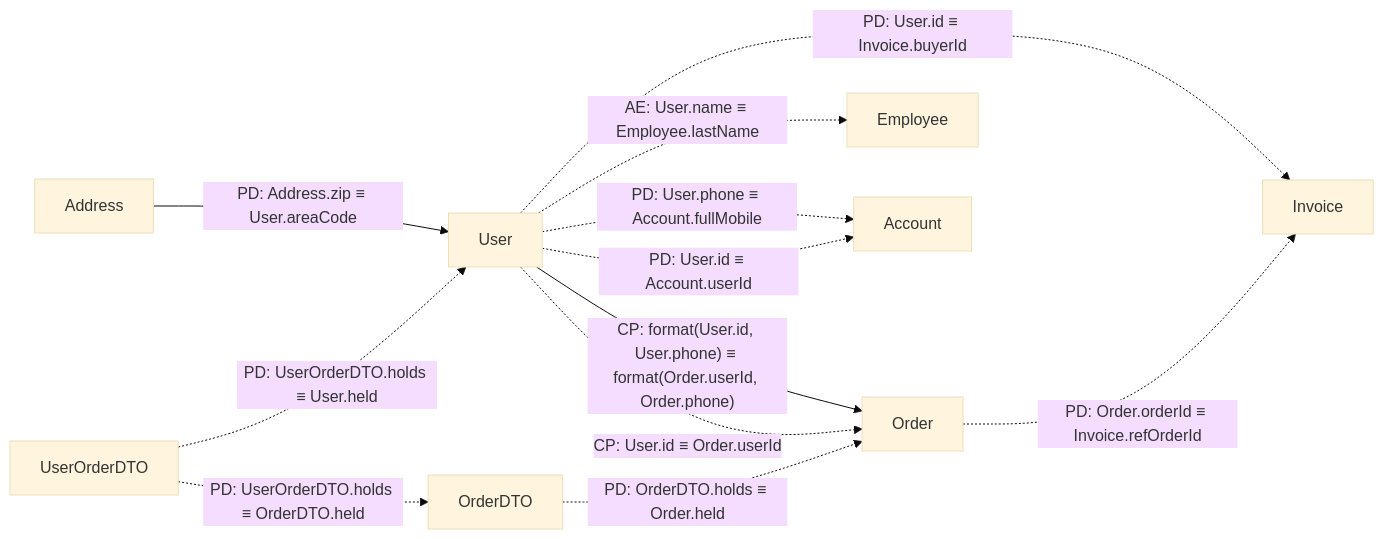
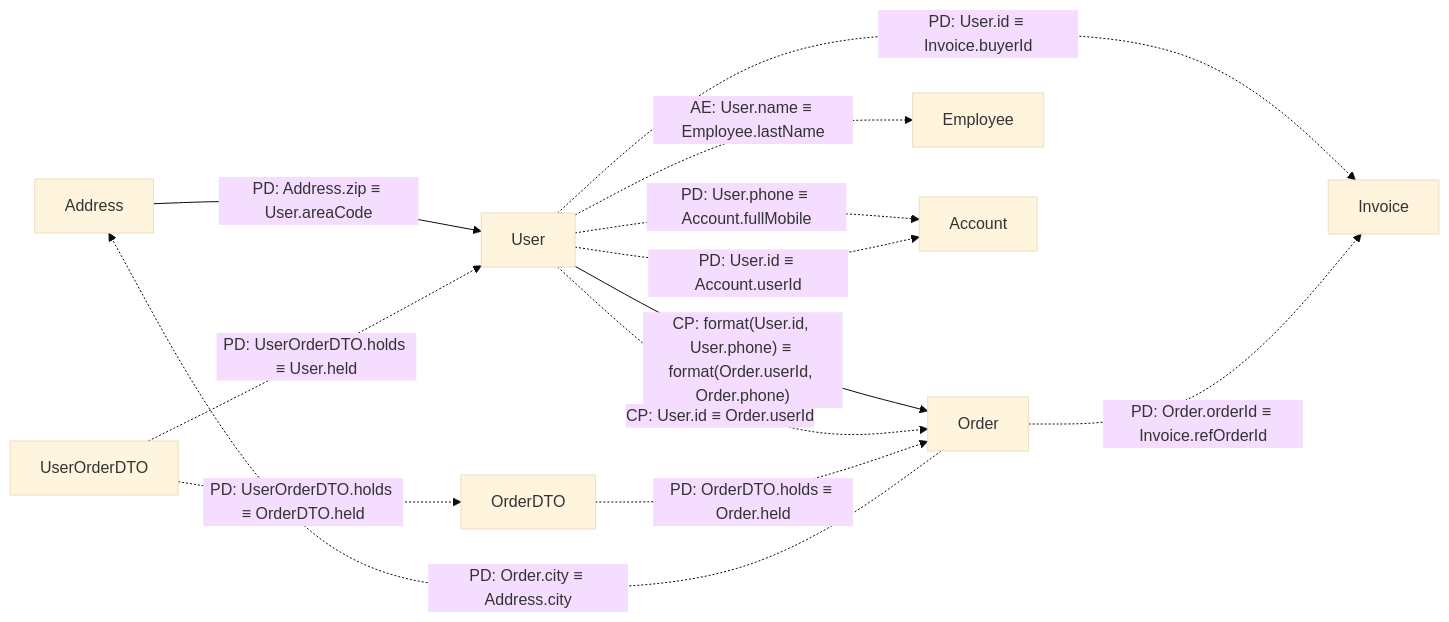
The diagram in classRelationTestCode.md (LIngcheng-zeng/classRelation), drawn with Mermaid (base theme) before and after one commit. The commit also changed other lines of this file and 9 other files, not shown here.

````diff
--- a/classRelationTestCode.md
+++ b/classRelationTestCode.md
@@ -14,14 +14,15 @@
 ```mermaid
 flowchart LR
     Address -->|"PD: Address.zip ≡ User.areaCode"| User
     User -->|"CP: format(User.id, User.phone) ≡ format(Order.userId, Order.phone)"| Order
     User -.->|"CP: User.id ≡ Order.userId"| Order
     User -.->|"AE: User.name ≡ Employee.lastName"| Employee
     User -.->|"PD: User.id ≡ Invoice.buyerId"| Invoice
     OrderDTO -.->|"PD: OrderDTO.holds ≡ Order.held"| Order
     UserOrderDTO -.->|"PD: UserOrderDTO.holds ≡ OrderDTO.held"| OrderDTO
     UserOrderDTO -.->|"PD: UserOrderDTO.holds ≡ User.held"| User
     User -.->|"PD: User.phone ≡ Account.fullMobile"| Account
     User -.->|"PD: User.id ≡ Account.userId"| Account
+    Order -.->|"PD: Order.city ≡ Address.city"| Address
     Order -.->|"PD: Order.orderId ≡ Invoice.refOrderId"| Invoice
 ```
````
